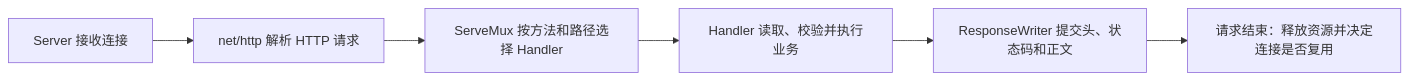
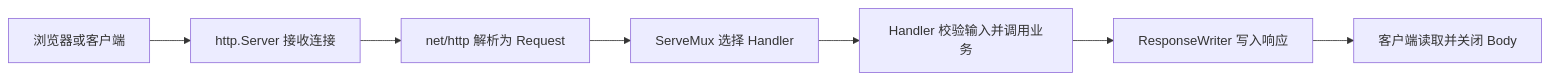
Before and after one commit to zzxrepository/gocode: the second of 2 diagrams in src/backend/go/advanced/03-web-development/01-http-server.md, drawn with Mermaid. The commit also changed other lines of this file, not shown here.

Commit message:
docs: improve net http tutorial for beginners

````diff
--- a/src/backend/go/advanced/03-web-development/01-http-server.md
+++ b/src/backend/go/advanced/03-web-development/01-http-server.md
@@ -726,8 +812,9 @@
 ```mermaid
 flowchart LR
-    A[Server 接收连接] --> B[net/http 解析 HTTP 请求]
-    B --> C[ServeMux 按方法和路径选择 Handler]
-    C --> D[Handler 读取、校验并执行业务]
-    D --> E[ResponseWriter 提交头、状态码和正文]
-    E --> F[请求结束：释放资源并决定连接是否复用]
+    A[浏览器或客户端] --> B[http.Server 接收连接]
+    B --> C[net/http 解析为 Request]
+    C --> D[ServeMux 选择 Handler]
+    D --> E[Handler 校验输入并调用业务]
+    E --> F[ResponseWriter 写入响应]
+    F --> G[客户端读取并关闭 Body]
 ```
````
